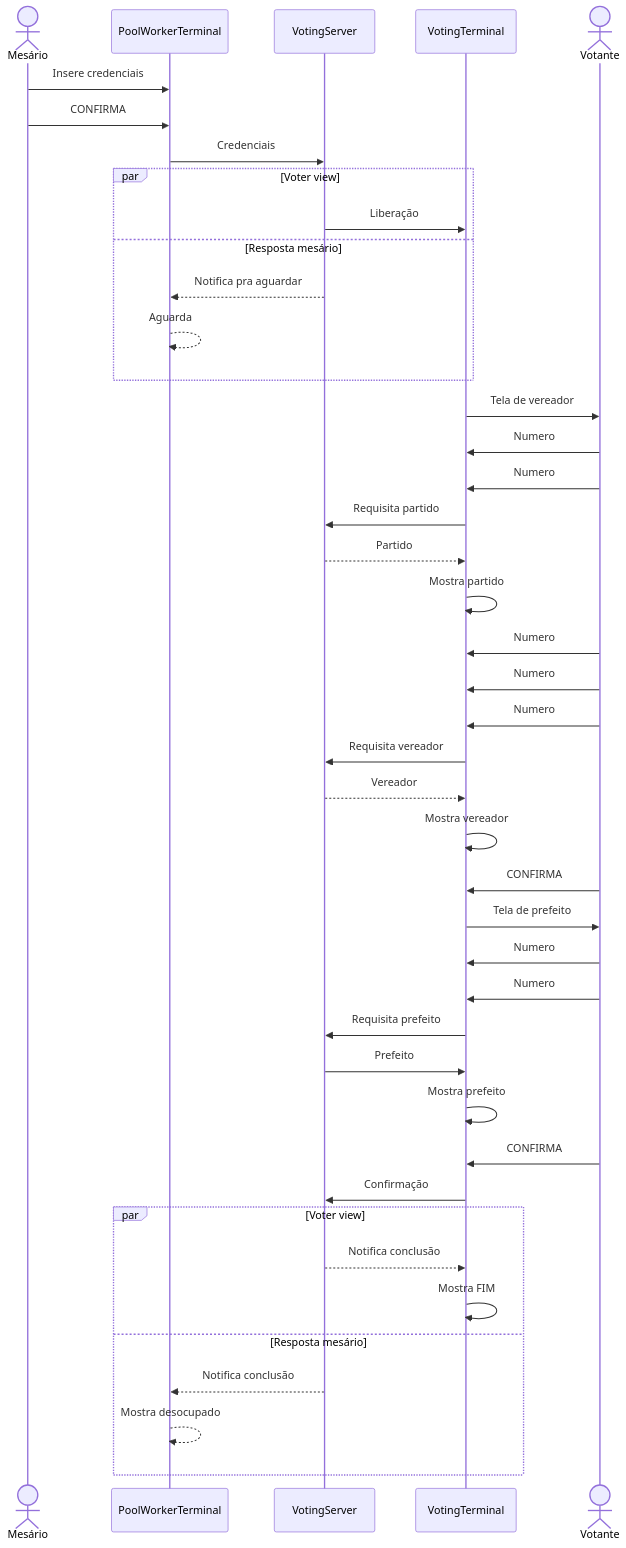
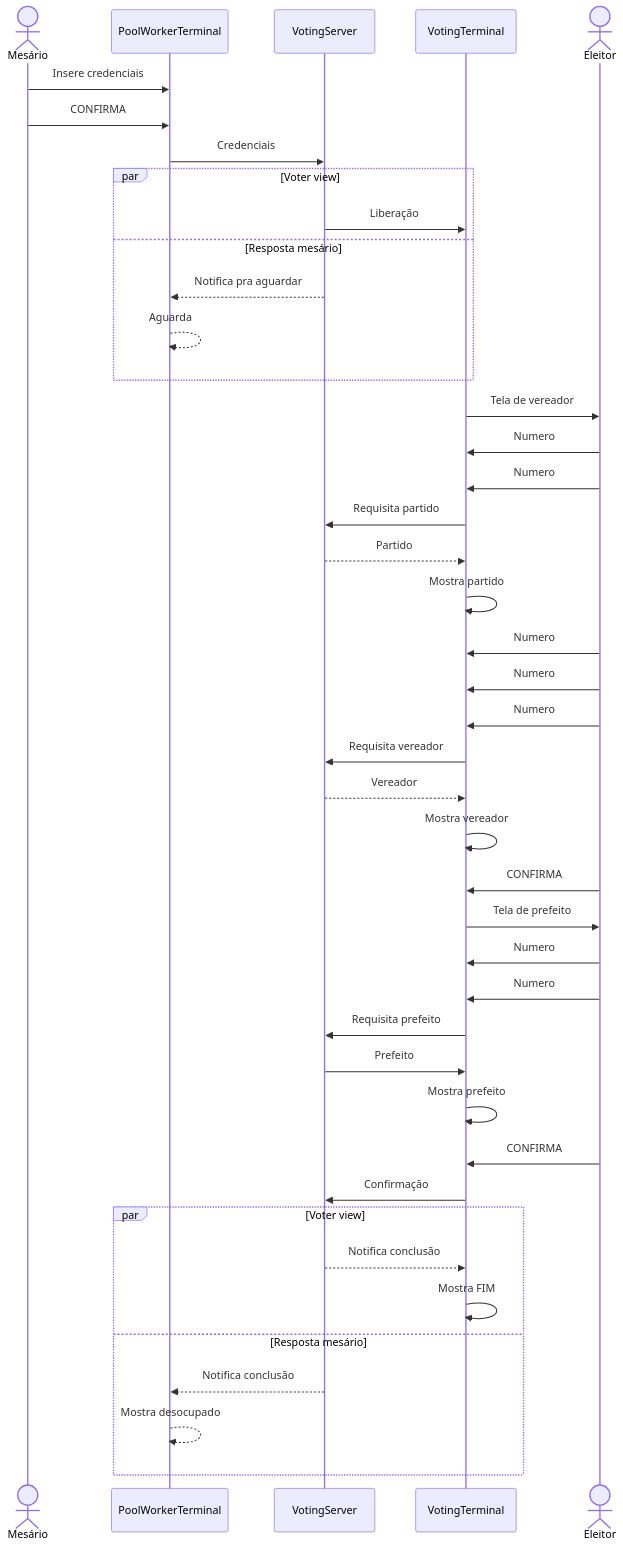
One commit to Augusto-Caique/urna-eletronica changed the diagram in sequence-diagram.mermaid. Above: the diagram before and after it, drawn with Mermaid. The commit also changed 14 other files, not shown here.

```diff
--- a/sequence-diagram.mermaid
+++ b/sequence-diagram.mermaid
@@ -1,57 +1,57 @@
 sequenceDiagram
 
 actor Mesário
 participant PoolWorkerTerminal
 participant VotingServer
 participant VotingTerminal
-actor Votante
+actor Eleitor
 
 Mesário ->> PoolWorkerTerminal : Insere credenciais
 Mesário ->> PoolWorkerTerminal : CONFIRMA
 
 PoolWorkerTerminal ->> VotingServer : Credenciais
 
 par Voter view
     VotingServer ->> VotingTerminal : Liberação
 and Resposta mesário
     VotingServer -->> PoolWorkerTerminal : Notifica pra aguardar
     PoolWorkerTerminal -->> PoolWorkerTerminal : Aguarda
 end
 
-VotingTerminal ->> Votante : Tela de vereador
+VotingTerminal ->> Eleitor : Tela de vereador
 
-Votante ->> VotingTerminal : Numero
-Votante ->> VotingTerminal : Numero
+Eleitor ->> VotingTerminal : Numero
+Eleitor ->> VotingTerminal : Numero
 VotingTerminal ->> VotingServer : Requisita partido
 VotingServer -->> VotingTerminal : Partido
 VotingTerminal ->> VotingTerminal : Mostra partido
 
-Votante ->> VotingTerminal : Numero
-Votante ->> VotingTerminal : Numero
-Votante ->> VotingTerminal : Numero
+Eleitor ->> VotingTerminal : Numero
+Eleitor ->> VotingTerminal : Numero
+Eleitor ->> VotingTerminal : Numero
 VotingTerminal ->> VotingServer : Requisita vereador
 VotingServer -->> VotingTerminal : Vereador
 VotingTerminal ->> VotingTerminal : Mostra vereador
 
-Votante ->> VotingTerminal : CONFIRMA
+Eleitor ->> VotingTerminal : CONFIRMA
 
-VotingTerminal ->> Votante : Tela de prefeito
+VotingTerminal ->> Eleitor : Tela de prefeito
 
-Votante ->> VotingTerminal : Numero
-Votante ->> VotingTerminal : Numero
+Eleitor ->> VotingTerminal : Numero
+Eleitor ->> VotingTerminal : Numero
 
 VotingTerminal ->> VotingServer : Requisita prefeito
 VotingServer ->> VotingTerminal : Prefeito
 VotingTerminal ->> VotingTerminal : Mostra prefeito
 
-Votante ->> VotingTerminal : CONFIRMA
+Eleitor ->> VotingTerminal : CONFIRMA
 
 VotingTerminal ->> VotingServer : Confirmação
 
 par Voter view
     VotingServer -->> VotingTerminal : Notifica conclusão
     VotingTerminal ->> VotingTerminal : Mostra FIM
 and Resposta mesário
     VotingServer -->> PoolWorkerTerminal : Notifica conclusão
     PoolWorkerTerminal -->> PoolWorkerTerminal : Mostra desocupado
 end
```
